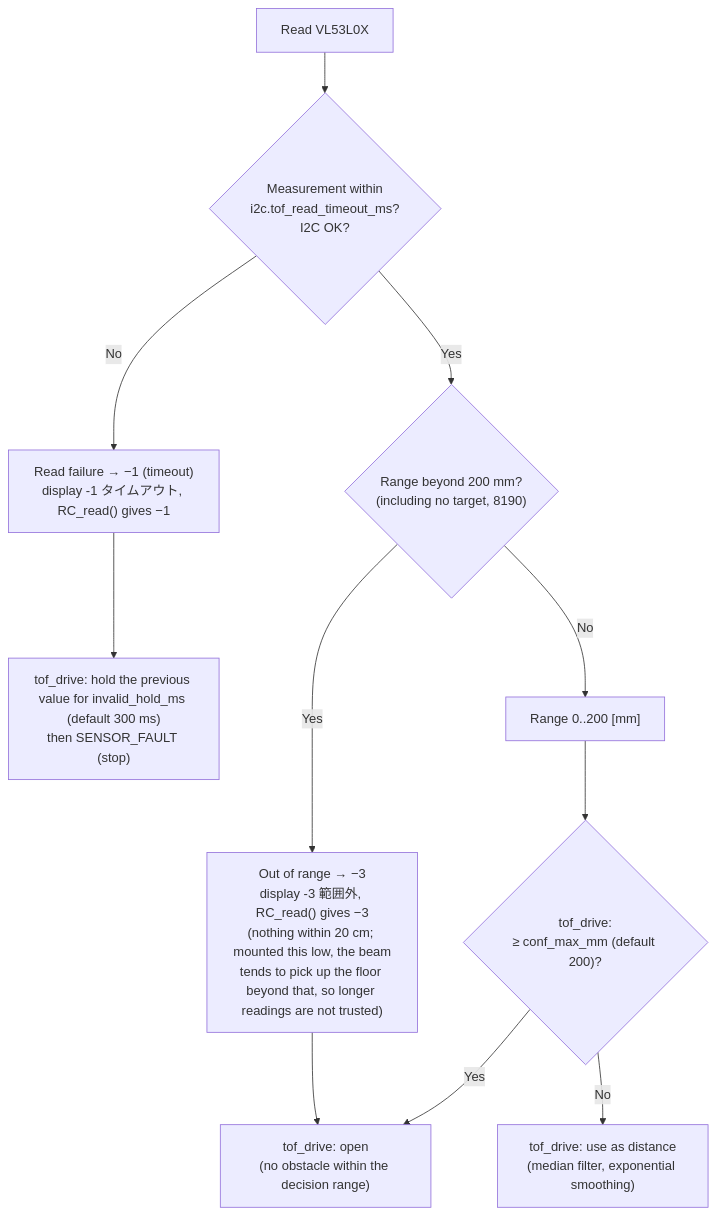
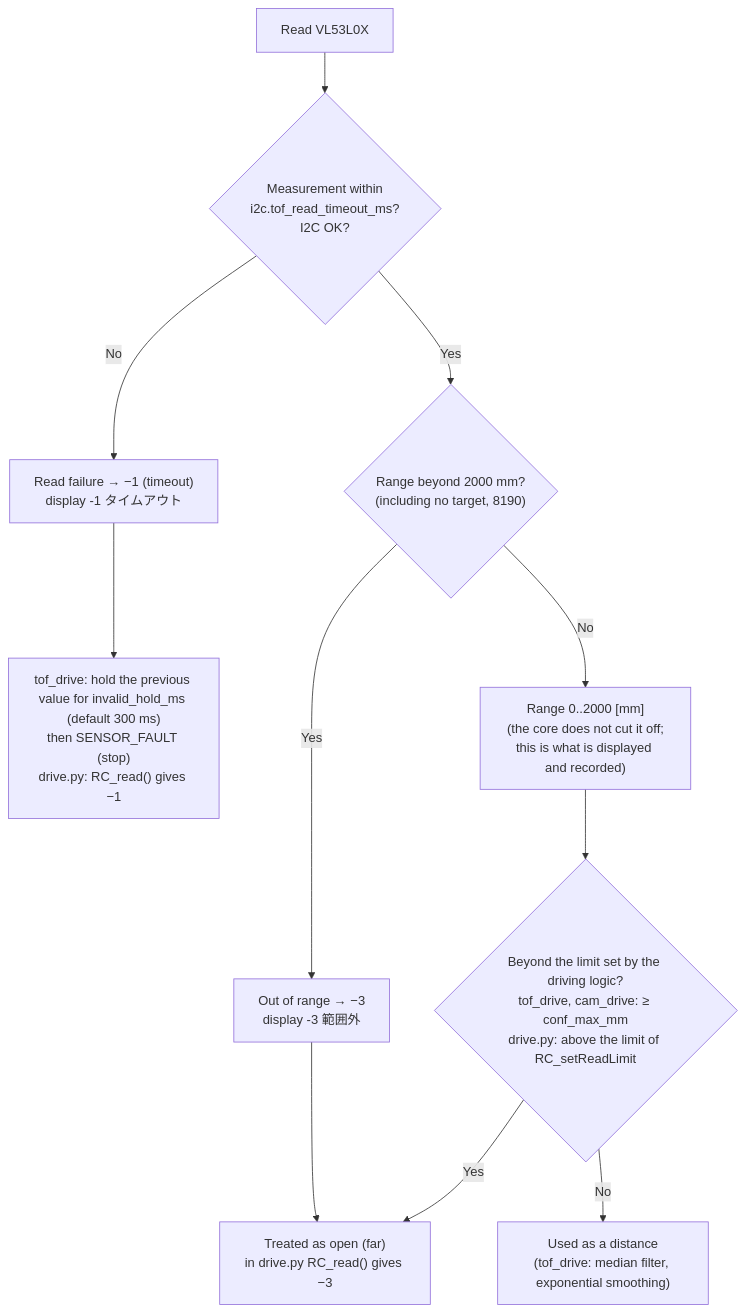
One commit to RumiCar-group/RumiCar-Zero2Cam changed the diagram in docs/figures/en/03-tof-reading.mmd. Above: the diagram before and after it, drawn with Mermaid. The commit also changed 12 other files, not shown here.

First line of the commit message:
文書：README（日英）・図・解説動画・仕様書 第21版・設計の記録 第23版（ToF の上限は走行ロジックが決める、0.7.0）

```diff
--- a/docs/figures/en/03-tof-reading.mmd
+++ b/docs/figures/en/03-tof-reading.mmd
@@ -1,11 +1,11 @@
 flowchart TD
     R["Read VL53L0X"] --> Q{"Measurement within<br/>i2c.tof_read_timeout_ms?<br/>I2C OK?"}
-    Q -->|"No"| F["Read failure → −1 (timeout)<br/>display -1 タイムアウト, RC_read() gives −1"]
-    Q -->|"Yes"| V{"Range beyond 200 mm?<br/>(including no target, 8190)"}
-    V -->|"Yes"| O["Out of range → −3<br/>display -3 範囲外, RC_read() gives −3<br/>(nothing within 20 cm; mounted this low, the beam<br/>tends to pick up the floor beyond that, so longer readings are not trusted)"]
-    V -->|"No"| D["Range 0..200 [mm]"]
-    D --> T{"tof_drive:<br/>≥ conf_max_mm (default 200)?"}
-    T -->|"Yes"| OPEN["tof_drive: open<br/>(no obstacle within the decision range)"]
+    Q -->|"No"| F["Read failure → −1 (timeout)<br/>display -1 タイムアウト"]
+    Q -->|"Yes"| V{"Range beyond 2000 mm?<br/>(including no target, 8190)"}
+    V -->|"Yes"| O["Out of range → −3<br/>display -3 範囲外"]
+    V -->|"No"| D["Range 0..2000 [mm]<br/>(the core does not cut it off;<br/>this is what is displayed and recorded)"]
+    D --> T{"Beyond the limit set by the driving logic?<br/>tof_drive, cam_drive: ≥ conf_max_mm<br/>drive.py: above the limit of RC_setReadLimit"}
+    T -->|"Yes"| OPEN["Treated as open (far)<br/>in drive.py RC_read() gives −3"]
     O --> OPEN
-    T -->|"No"| USE["tof_drive: use as distance<br/>(median filter, exponential smoothing)"]
-    F --> HOLD["tof_drive: hold the previous value for invalid_hold_ms (default 300 ms)<br/>then SENSOR_FAULT (stop)"]
+    T -->|"No"| USE["Used as a distance<br/>(tof_drive: median filter, exponential smoothing)"]
+    F --> HOLD["tof_drive: hold the previous value for invalid_hold_ms (default 300 ms)<br/>then SENSOR_FAULT (stop)<br/>drive.py: RC_read() gives −1"]
```
